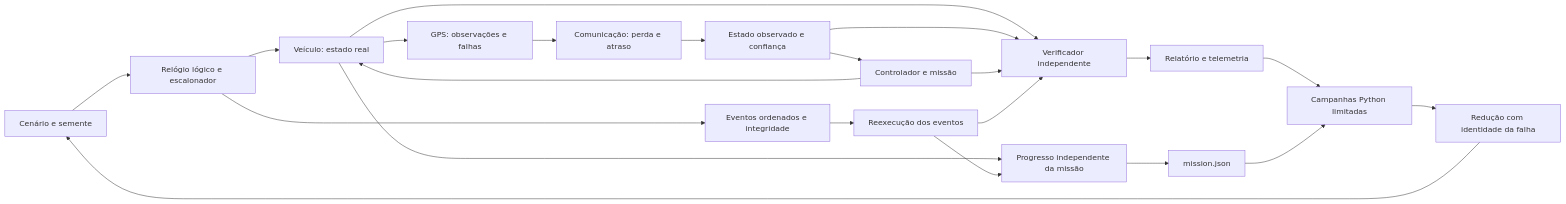
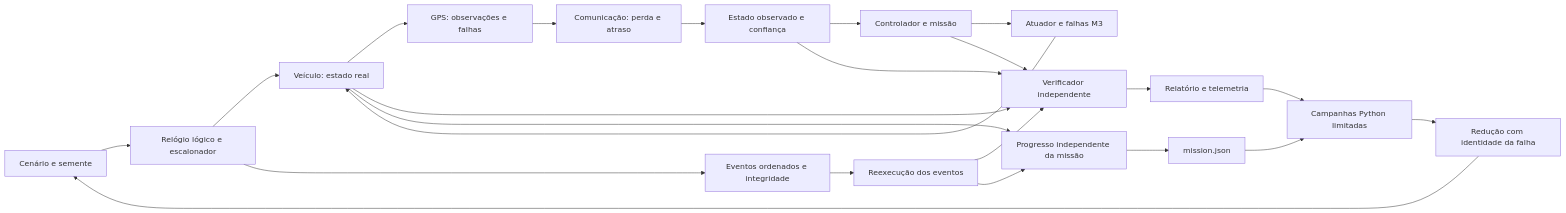
The diagram in README.md (WhiteBlindness/autonomous-systems-vv-lab), drawn with Mermaid before and after one commit. The commit also changed other lines of this file and 38 other files, not shown here.

````diff
--- a/README.md
+++ b/README.md
@@ -53,24 +53,25 @@
 ```mermaid
 flowchart LR
     Config[Cenário e semente] --> Sim[Relógio lógico e escalonador]
     Sim --> Truth[Veículo: estado real]
     Truth --> GPS[GPS: observações e falhas]
     GPS --> Comm[Comunicação: perda e atraso]
     Comm --> Sensor[Estado observado e confiança]
     Sensor --> Mission[Controlador e missão]
-    Mission --> Truth
+    Mission --> Actuator[Atuador e falhas M3]
+    Actuator --> Truth
     Truth --> Verify[Verificador independente]
     Sensor --> Verify
     Mission --> Verify
     Sim --> Events[Eventos ordenados e integridade]
     Verify --> Report[Relatório e telemetria]
     Truth --> Progress[Progresso independente da missão]
     Progress --> MissionReport[mission.json]
     Events --> Replay[Reexecução dos eventos]
     Replay --> Verify
     Replay --> Progress
     Report --> Campaign[Campanhas Python limitadas]
     MissionReport --> Campaign
     Campaign --> Reduce[Redução com identidade da falha]
     Reduce --> Config
 ```
````
